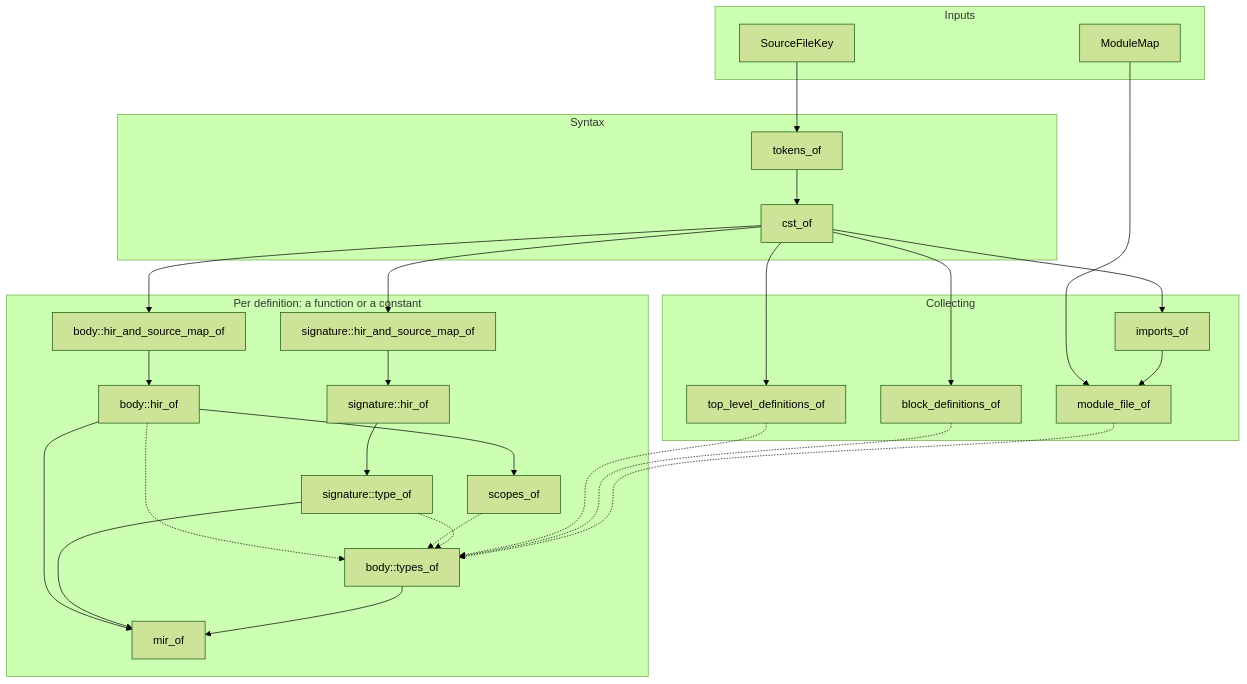
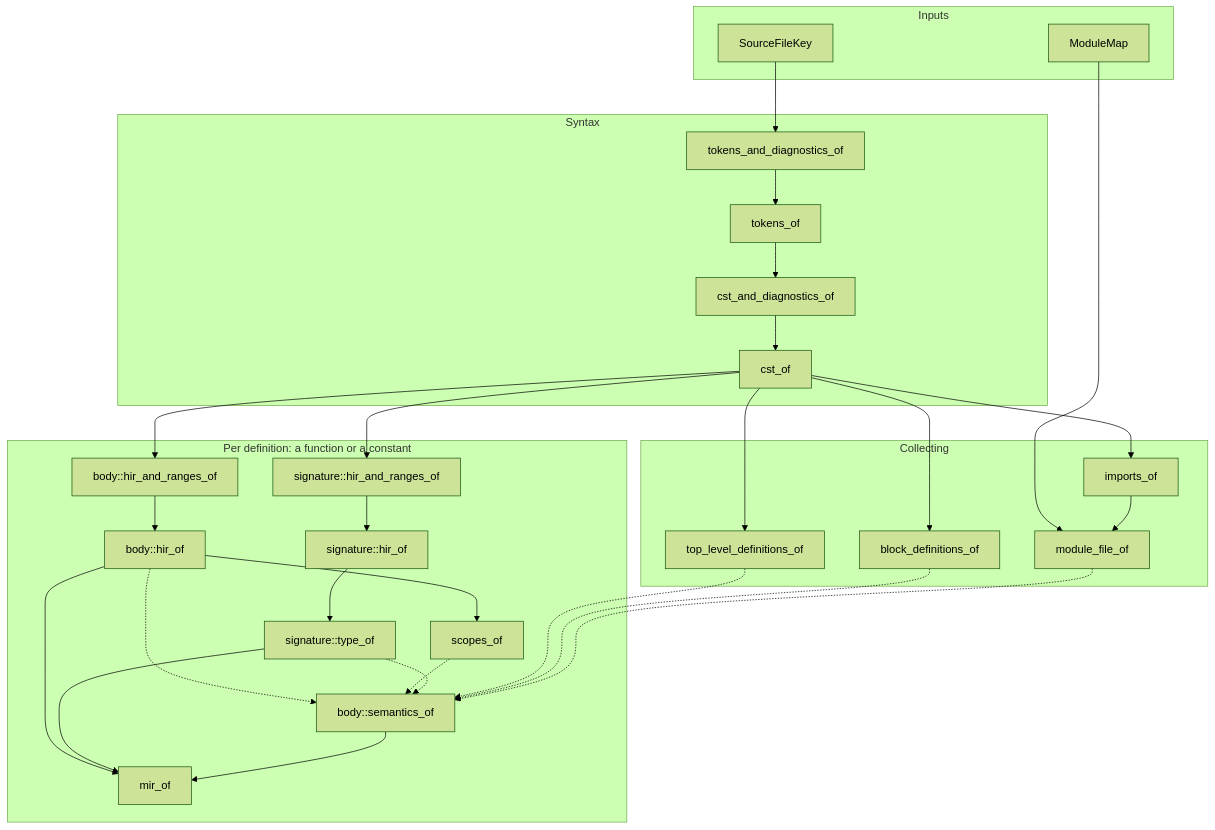
The diagram in docs/README.md (simontran7/blueberry), drawn with Mermaid (forest theme) before and after one commit. The commit also changed 37 other files, not shown here.

````diff
--- a/docs/README.md
+++ b/docs/README.md
@@ -7,47 +7,49 @@
 ```mermaid
 flowchart TD
     subgraph inputs [Inputs]
         SourceFileKey
         ModuleMap
     end
 
     subgraph syntax [Syntax]
+        tokens_and_diagnostics_of
         tokens_of
+        cst_and_diagnostics_of
         cst_of
     end
 
     subgraph collect [Collecting]
         top_level_definitions_of
         block_definitions_of
         imports_of
         module_file_of
     end
 
     subgraph definition [Per definition: a function or a constant]
-        signature_hir_and_source_map_of["signature::hir_and_source_map_of"]
+        signature_hir_and_ranges_of["signature::hir_and_ranges_of"]
         signature_hir_of["signature::hir_of"]
         signature_type_of["signature::type_of"]
-        body_hir_and_source_map_of["body::hir_and_source_map_of"]
+        body_hir_and_ranges_of["body::hir_and_ranges_of"]
         body_hir_of["body::hir_of"]
         scopes_of
-        body_types_of["body::types_of"]
+        body_semantics_of["body::semantics_of"]
         mir_of
     end
 
-    SourceFileKey --> tokens_of --> cst_of
+    SourceFileKey --> tokens_and_diagnostics_of --> tokens_of --> cst_and_diagnostics_of --> cst_of
 
     cst_of --> top_level_definitions_of
     cst_of --> block_definitions_of
     cst_of --> imports_of
 
     ModuleMap --> module_file_of
     imports_of --> module_file_of
 
-    cst_of --> signature_hir_and_source_map_of --> signature_hir_of --> signature_type_of
-    cst_of --> body_hir_and_source_map_of --> body_hir_of --> scopes_of
+    cst_of --> signature_hir_and_ranges_of --> signature_hir_of --> signature_type_of
+    cst_of --> body_hir_and_ranges_of --> body_hir_of --> scopes_of
 
-    body_hir_of & scopes_of & signature_type_of -.-> body_types_of
-    top_level_definitions_of & block_definitions_of & module_file_of -.-> body_types_of
+    body_hir_of & scopes_of & signature_type_of -.-> body_semantics_of
+    top_level_definitions_of & block_definitions_of & module_file_of -.-> body_semantics_of
 
-    body_hir_of & signature_type_of & body_types_of --> mir_of
+    body_hir_of & signature_type_of & body_semantics_of --> mir_of
 ```
````
